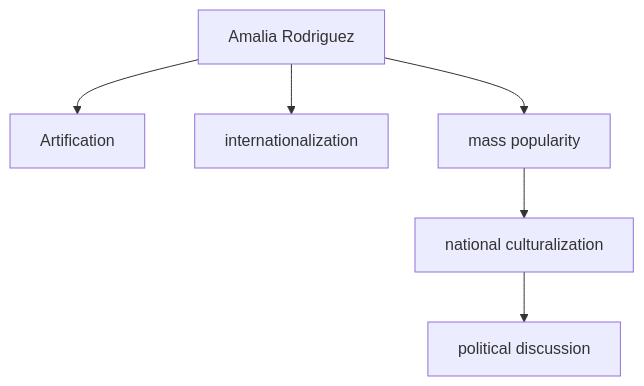
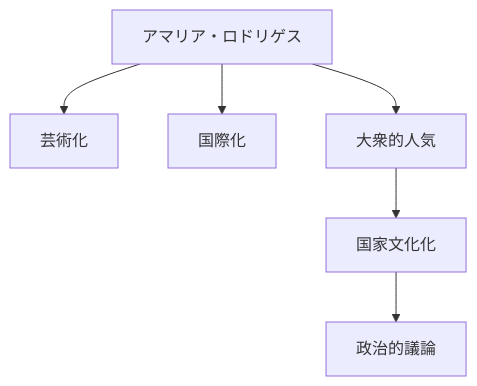
The fifth of 12 diagrams in en/_posts/2026-05-16-column-fado.md (monumental-movement/monumental-movement.github.io), drawn with Mermaid before and after one commit. The commit also changed other lines of this file and 2196 other files, not shown here.

```diff
--- a/en/_posts/2026-05-16-column-fado.md
+++ b/en/_posts/2026-05-16-column-fado.md
@@ -280,8 +279,8 @@
 <div class="mermaid">
 flowchart TD
-A[Amalia Rodriguez] --> B[Artification]
-A --> C[internationalization]
-A --> D[mass popularity]
-D --> E[national culturalization]
-E --> F[political discussion]
+A[アマリア・ロドリゲス] --> B[芸術化]
+A --> C[国際化]
+A --> D[大衆的人気]
+D --> E[国家文化化]
+E --> F[政治的議論]
 </div>
```
